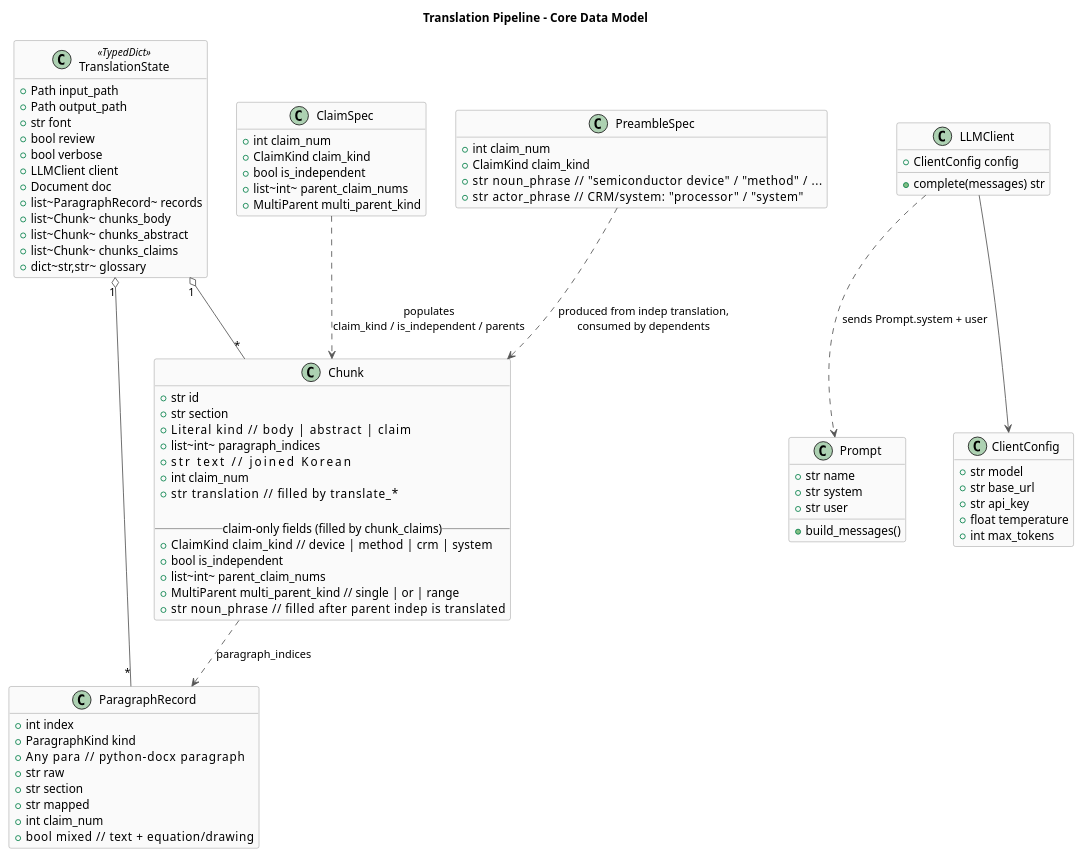
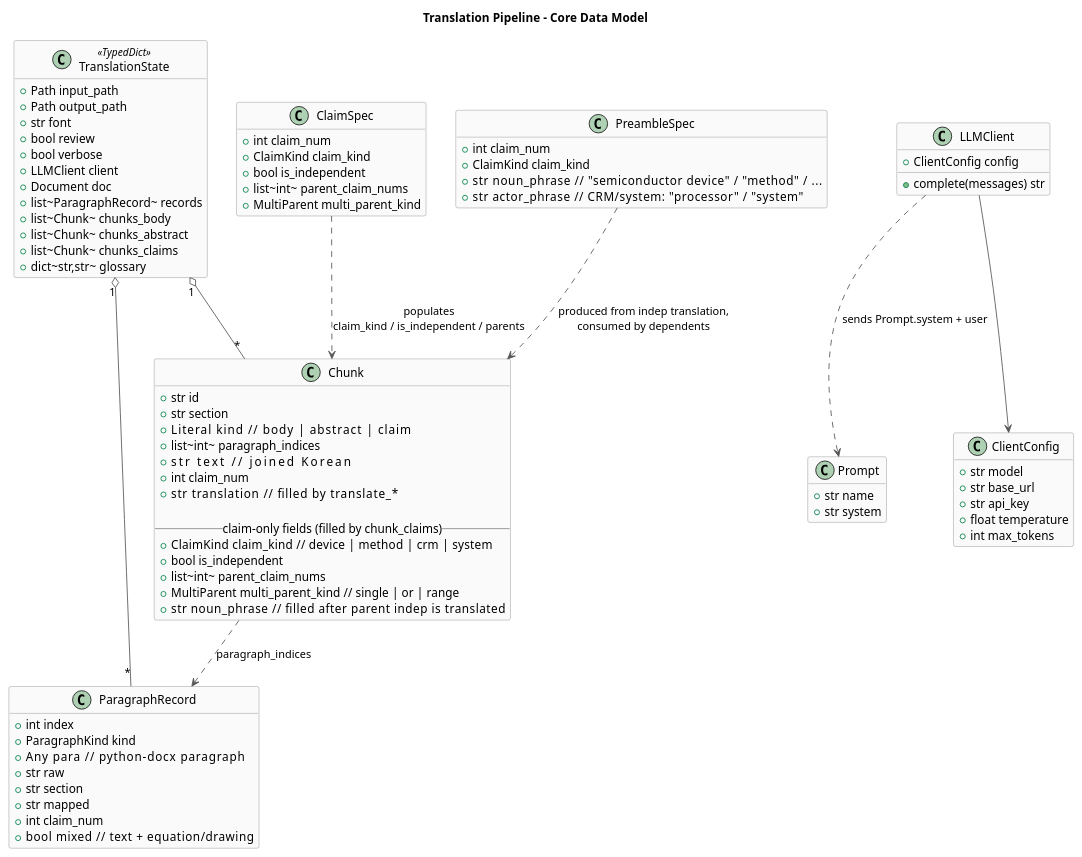
Before and after one commit to Han8931/patent_model: the diagram in docs/data_model.puml, drawn with PlantUML. The commit also changed 12 other files, not shown here.

```diff
--- a/docs/data_model.puml
+++ b/docs/data_model.puml
@@ -1,100 +1,98 @@
 @startuml data_model
 title Translation Pipeline - Core Data Model
 
 skinparam DefaultFontName "Helvetica"
 skinparam shadowing false
 skinparam class {
   BackgroundColor #FAFAFA
   BorderColor #888
   ArrowColor #555
 }
 hide empty members
 
 class TranslationState <<TypedDict>> {
   + Path input_path
   + Path output_path
   + str font
   + bool review
   + bool verbose
   + LLMClient client
   + Document doc
   + list~ParagraphRecord~ records
   + list~Chunk~ chunks_body
   + list~Chunk~ chunks_abstract
   + list~Chunk~ chunks_claims
   + dict~str,str~ glossary
 }
 
 class ParagraphRecord {
   + int index
   + ParagraphKind kind
   + Any para         // python-docx paragraph
   + str raw
   + str section
   + str mapped
   + int claim_num
   + bool mixed       // text + equation/drawing
 }
 
 class Chunk {
   + str id
   + str section
   + Literal kind             // body | abstract | claim
   + list~int~ paragraph_indices
   + str text                 // joined Korean
   + int claim_num
   + str translation          // filled by translate_*
 
   -- claim-only fields (filled by chunk_claims) --
   + ClaimKind claim_kind     // device | method | crm | system
   + bool is_independent
   + list~int~ parent_claim_nums
   + MultiParent multi_parent_kind  // single | or | range
   + str noun_phrase          // filled after parent indep is translated
 }
 
 class ClaimSpec {
   + int claim_num
   + ClaimKind claim_kind
   + bool is_independent
   + list~int~ parent_claim_nums
   + MultiParent multi_parent_kind
 }
 
 class PreambleSpec {
   + int claim_num
   + ClaimKind claim_kind
   + str noun_phrase           // "semiconductor device" / "method" / ...
   + str actor_phrase          // CRM/system: "processor" / "system"
 }
 
 class Prompt {
   + str name
   + str system
-  + str user
-  + build_messages()
 }
 
 class LLMClient {
   + ClientConfig config
   + complete(messages) str
 }
 
 class ClientConfig {
   + str model
   + str base_url
   + str api_key
   + float temperature
   + int max_tokens
 }
 
 TranslationState "1" o-- "*" ParagraphRecord
 TranslationState "1" o-- "*" Chunk
 Chunk ..> ParagraphRecord : paragraph_indices
 
 ClaimSpec ..> Chunk : populates\nclaim_kind / is_independent / parents
 PreambleSpec ..> Chunk : produced from indep translation,\nconsumed by dependents
 
 LLMClient --> ClientConfig
 LLMClient ..> Prompt : sends Prompt.system + user
 @enduml
```
